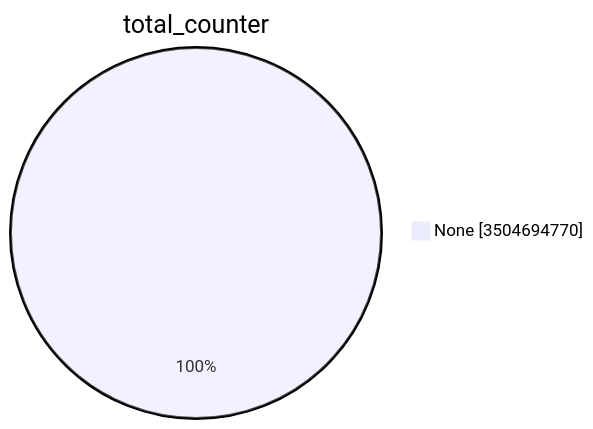
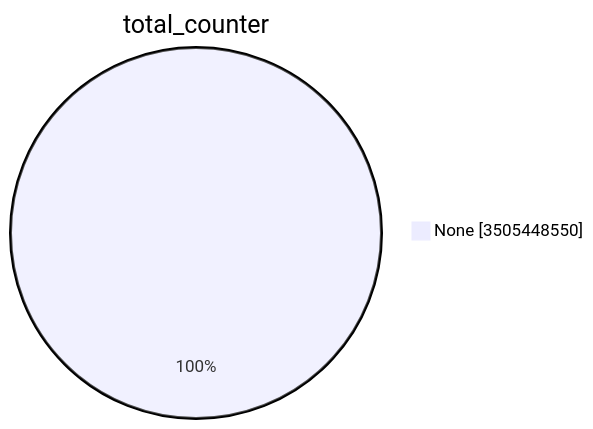
The first of 15 diagrams in TOTAL/README.md (christiankrug/ctmonitor_visualization), drawn with Mermaid before and after one commit. The commit also changed other lines of this file, not shown here.

````diff
--- a/TOTAL/README.md
+++ b/TOTAL/README.md
@@ -1,5 +1,5 @@
 ```mermaid
 pie showData
 title total_counter
-"None" :3504694770
+"None" :3505448550
 ```
````
